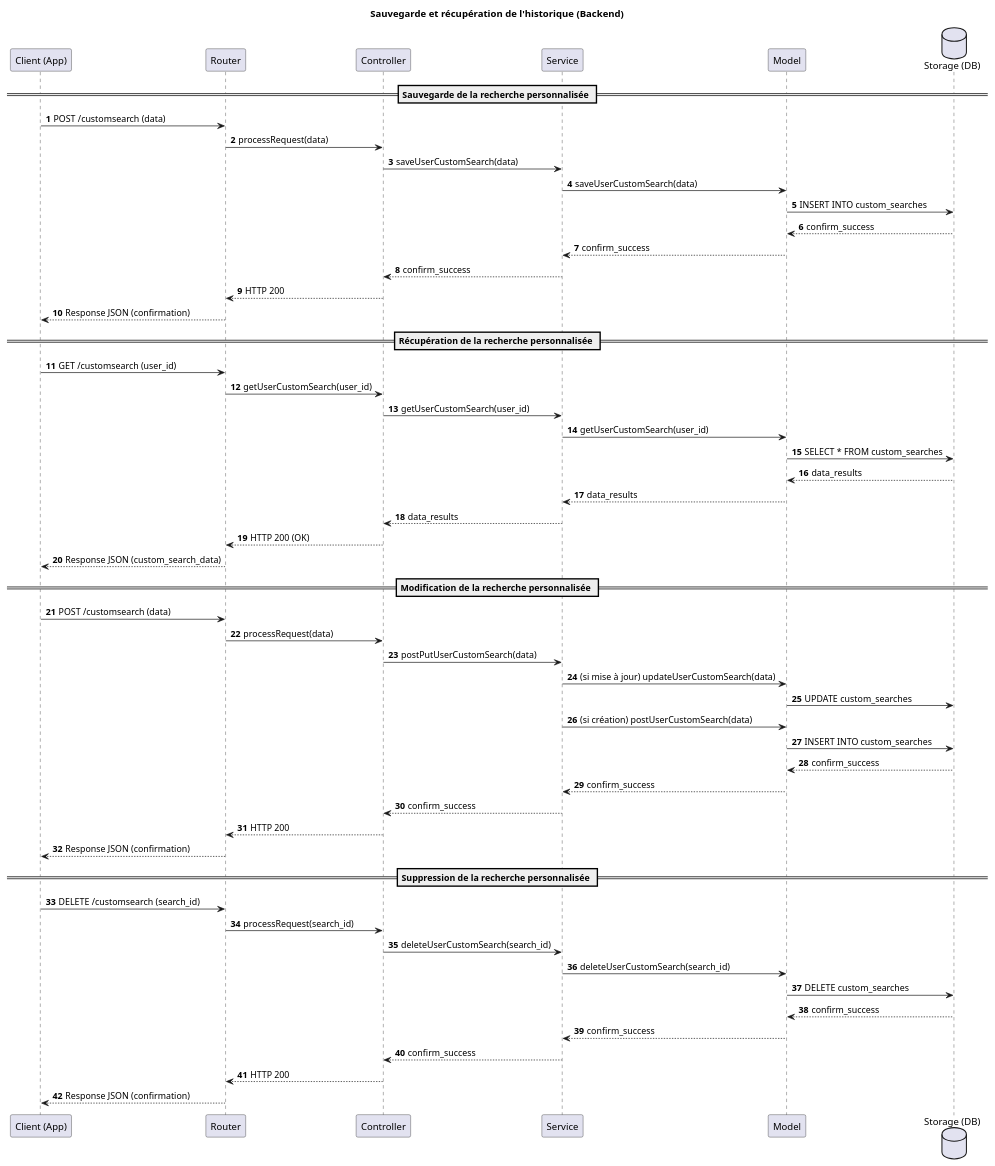
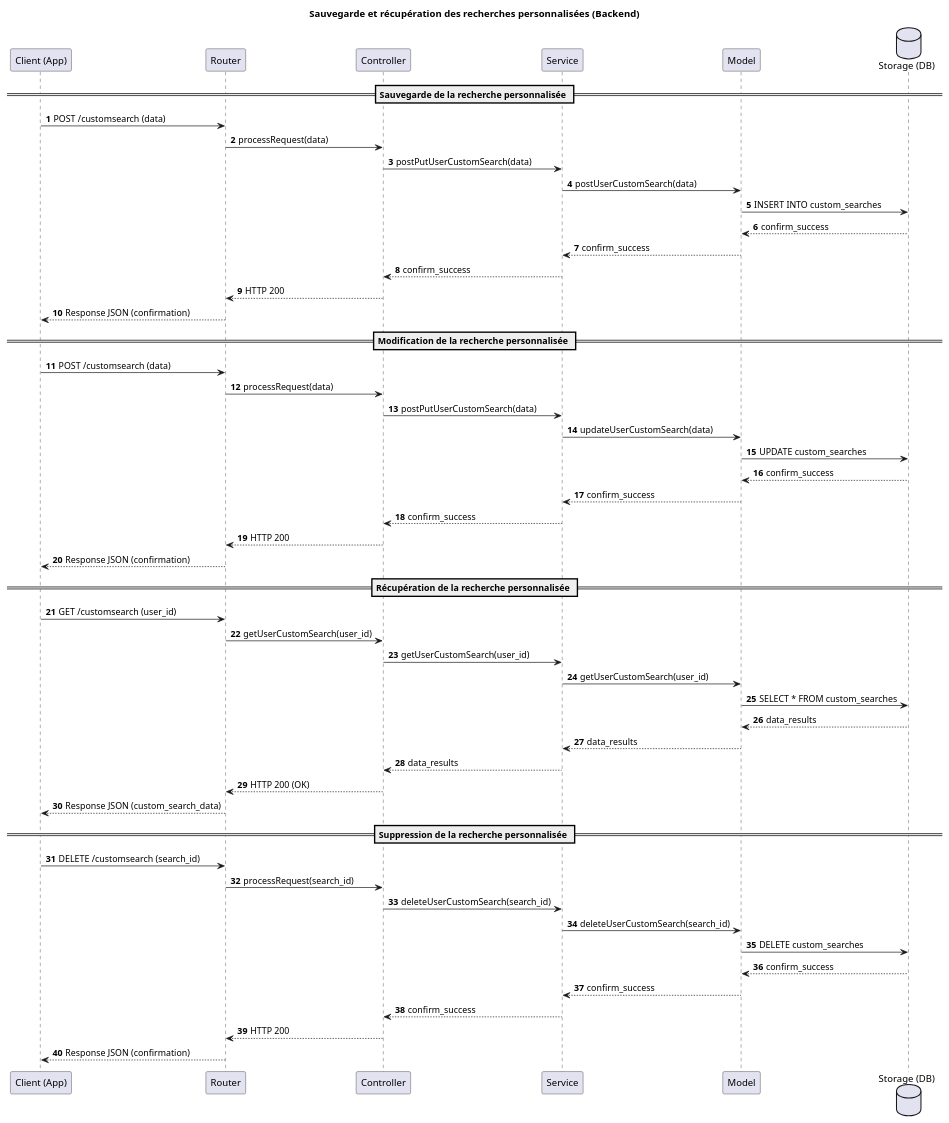
One commit to TPI2026-NewsGenerator/NewsGenerator-Backend changed the diagram in docs/UML/search-history-diagram.puml. Above: the diagram before and after it, drawn with PlantUML.

Commit message:
chore: update sequence diagram

```diff
--- a/docs/UML/search-history-diagram.puml
+++ b/docs/UML/search-history-diagram.puml
@@ -1,62 +1,60 @@
 @startuml
-title Sauvegarde et récupération de l'historique (Backend)
+title Sauvegarde et récupération des recherches personnalisées (Backend)
 autonumber
 
 participant "Client (App)" as Client
 participant "Router" as Router
 participant "Controller" as Controller
 participant "Service" as Service
 participant "Model" as Model
 database "Storage (DB)" as Storage
 
 == Sauvegarde de la recherche personnalisée ==
 Client -> Router : POST /customsearch (data)
 Router -> Controller : processRequest(data)
-Controller -> Service : saveUserCustomSearch(data)
-Service -> Model : saveUserCustomSearch(data)
+Controller -> Service : postPutUserCustomSearch(data)
+Service -> Model : postUserCustomSearch(data)
 Model -> Storage : INSERT INTO custom_searches
+Storage --> Model : confirm_success
+Model --> Service : confirm_success
+Service --> Controller : confirm_success
+Controller --> Router : HTTP 200
+Router --> Client : Response JSON (confirmation)
+
+== Modification de la recherche personnalisée ==
+Client -> Router : POST /customsearch (data)
+Router -> Controller : processRequest(data)
+Controller -> Service : postPutUserCustomSearch(data)
+Service -> Model : updateUserCustomSearch(data)
+Model -> Storage : UPDATE custom_searches
 Storage --> Model : confirm_success
 Model --> Service : confirm_success
 Service --> Controller : confirm_success
 Controller --> Router : HTTP 200
 Router --> Client : Response JSON (confirmation)
 
 == Récupération de la recherche personnalisée ==
 Client -> Router : GET /customsearch (user_id)
 Router -> Controller : getUserCustomSearch(user_id)
 Controller -> Service : getUserCustomSearch(user_id)
 Service -> Model : getUserCustomSearch(user_id)
 Model -> Storage : SELECT * FROM custom_searches
 Storage --> Model : data_results
 Model --> Service : data_results
 Service --> Controller : data_results
 Controller --> Router : HTTP 200 (OK)
 Router --> Client : Response JSON (custom_search_data)
 
-== Modification de la recherche personnalisée ==
-Client -> Router : POST /customsearch (data)
-Router -> Controller : processRequest(data)
-Controller -> Service : postPutUserCustomSearch(data)
-Service -> Model : (si mise à jour) updateUserCustomSearch(data)
-Model -> Storage : UPDATE custom_searches
-Service -> Model : (si création) postUserCustomSearch(data)
-Model -> Storage : INSERT INTO custom_searches
-Storage --> Model : confirm_success
-Model --> Service : confirm_success
-Service --> Controller : confirm_success
-Controller --> Router : HTTP 200
-Router --> Client : Response JSON (confirmation)
-
 == Suppression de la recherche personnalisée ==
 Client -> Router : DELETE /customsearch (search_id)
 Router -> Controller : processRequest(search_id)
 Controller -> Service : deleteUserCustomSearch(search_id)
 Service -> Model : deleteUserCustomSearch(search_id)
 Model -> Storage : DELETE custom_searches
 Storage --> Model : confirm_success
 Model --> Service : confirm_success
 Service --> Controller : confirm_success
 Controller --> Router : HTTP 200
 Router --> Client : Response JSON (confirmation)
 
 @enduml
```
